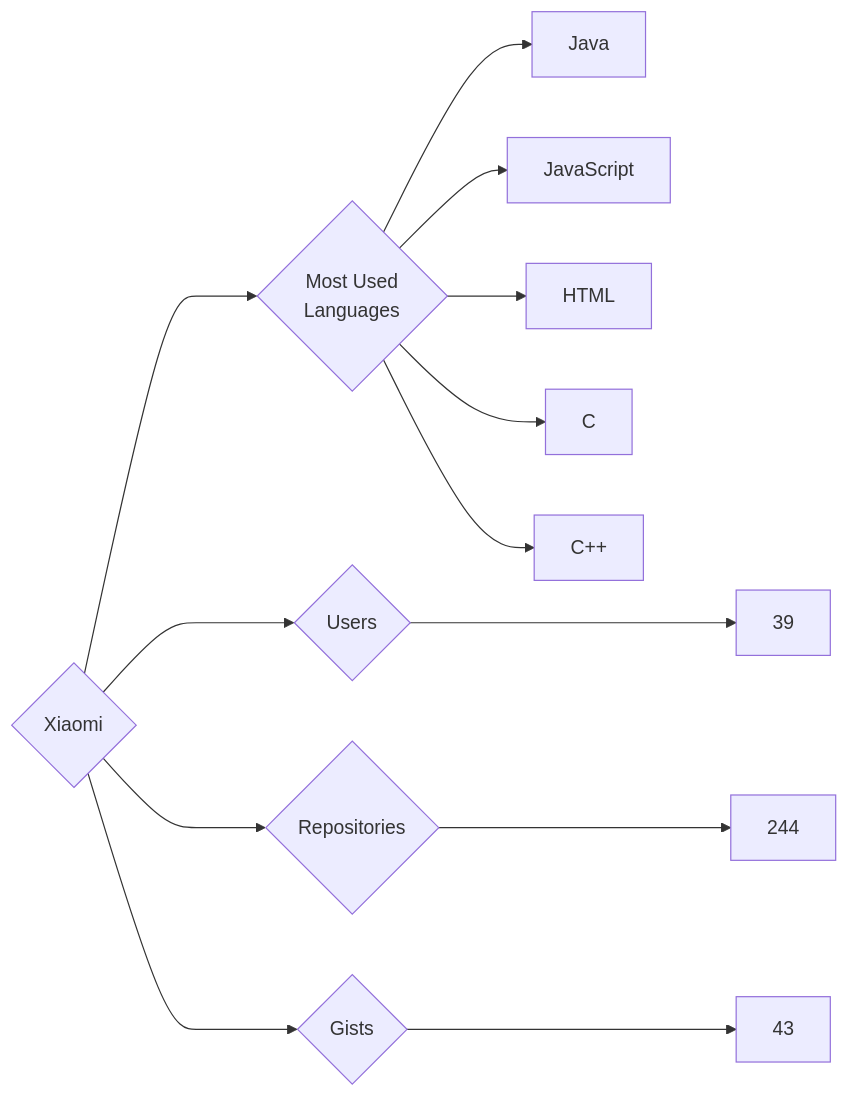
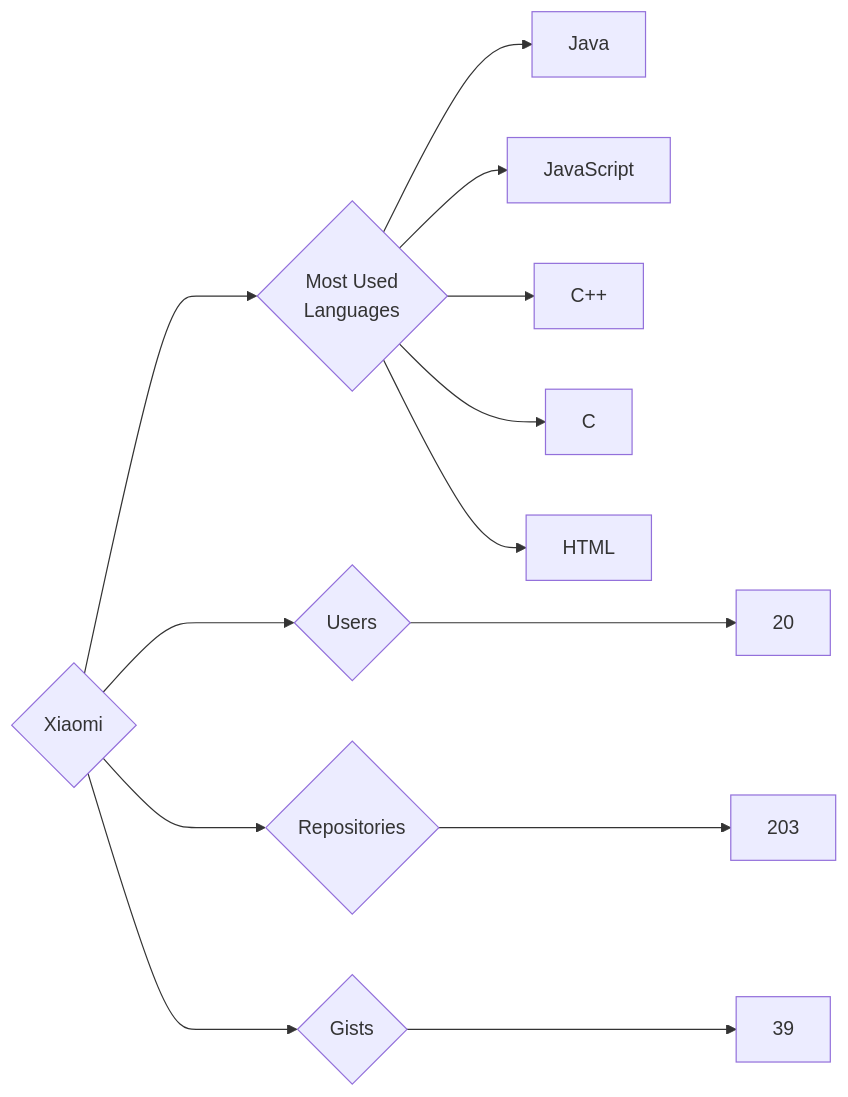
One commit to trickest/insiders changed the diagram in targets/Xiaomi/README.md. Above: the diagram before and after it, drawn with Mermaid. The commit also changed 939 other files, not shown here.

````diff
--- a/targets/Xiaomi/README.md
+++ b/targets/Xiaomi/README.md
@@ -3,13 +3,13 @@
 ```mermaid
 graph LR
 COMPANY_NAME{Xiaomi}
-COMPANY_NAME ---> U{Users} ---> UN[39]
-COMPANY_NAME ---> R{Repositories} ---> RN[244]
-COMPANY_NAME ---> G{Gists} ---> GN[43]
+COMPANY_NAME ---> U{Users} ---> UN[20]
+COMPANY_NAME ---> R{Repositories} ---> RN[203]
+COMPANY_NAME ---> G{Gists} ---> GN[39]
 COMPANY_NAME ---> ML{Most Used<br>Languages}
 ML --> Java[Java]
 ML --> JavaScript[JavaScript]
+ML --> C++[C++]
+ML --> C[C]
 ML --> HTML[HTML]
-ML --> C[C]
-ML --> C++[C++]
 ```
````
